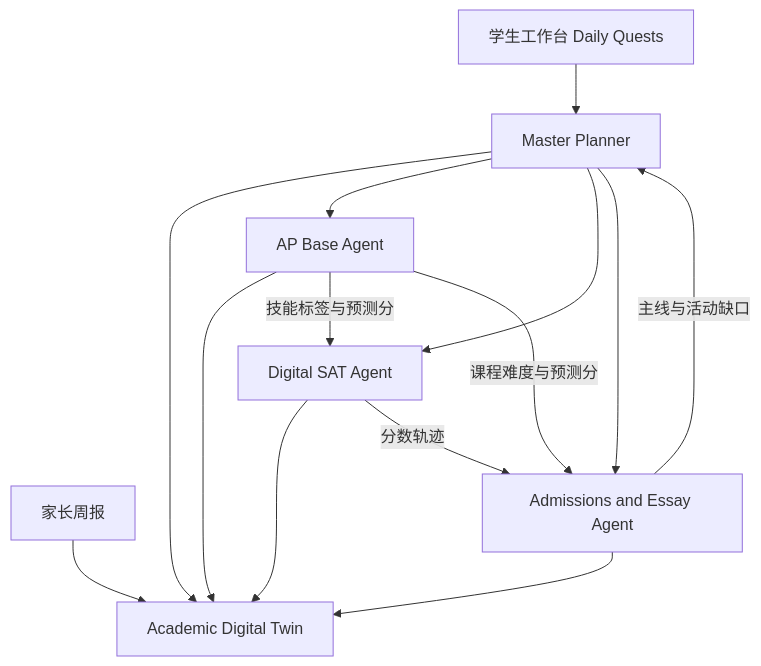
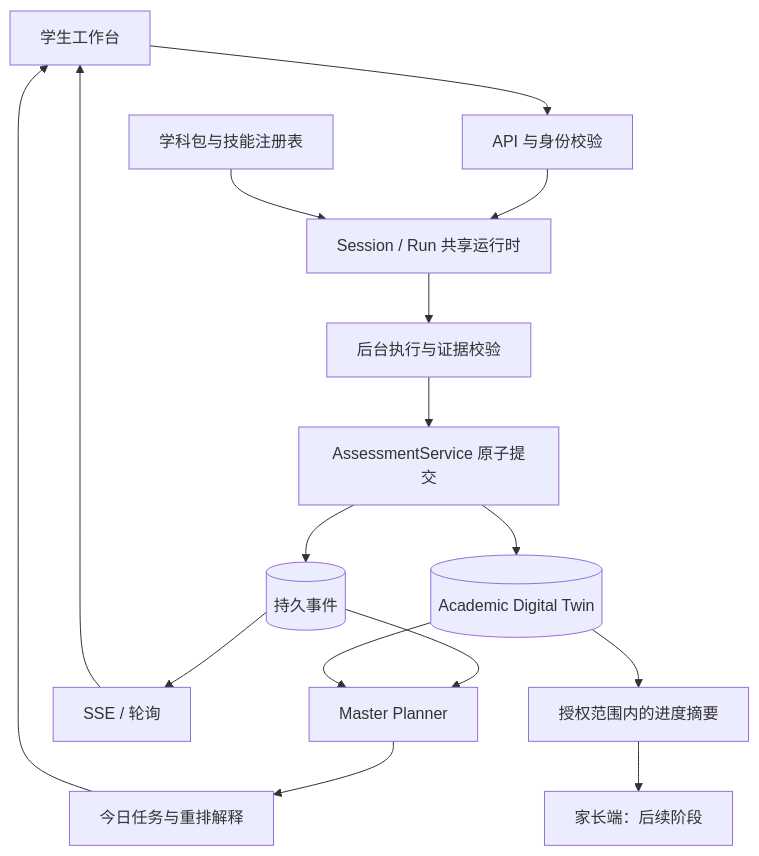
One commit to JeffRen1977/hs-student-os changed the diagram in doc/HIGH_SCHOOL_STUDENT_OS.md. Above: the diagram before and after it, drawn with Mermaid. The commit also changed other lines of this file, not shown here.

````diff
--- a/doc/HIGH_SCHOOL_STUDENT_OS.md
+++ b/doc/HIGH_SCHOOL_STUDENT_OS.md
@@ -24,23 +19,18 @@
 ```mermaid
 flowchart TB
-  Home[学生工作台 Daily Quests]
-  Parent[家长周报]
-  Twin[Academic Digital Twin]
-  Planner[Master Planner]
-  AP[AP Base Agent]
-  SAT[Digital SAT Agent]
-  Adm[Admissions and Essay Agent]
-  Home --> Planner
-  Parent --> Twin
-  Planner --> Twin
-  AP --> Twin
-  SAT --> Twin
-  Adm --> Twin
-  Planner --> AP
-  Planner --> SAT
-  Planner --> Adm
-  AP -->|"技能标签与预测分"| SAT
-  AP -->|"课程难度与预测分"| Adm
-  SAT -->|"分数轨迹"| Adm
-  Adm -->|"主线与活动缺口"| Planner
+  Home[学生工作台] --> API[API 与身份校验]
+  API --> Runtime[Session / Run 共享运行时]
+  Packs[学科包与技能注册表] --> Runtime
+  Runtime --> Worker[后台执行与证据校验]
+  Worker --> Commit[AssessmentService 原子提交]
+  Commit --> Twin[(Academic Digital Twin)]
+  Commit --> Events[(持久事件)]
+  Events --> Planner[Master Planner]
+  Twin --> Planner
+  Planner --> Tasks[今日任务与重排解释]
+  Tasks --> Home
+  Events --> Stream[SSE / 轮询]
+  Stream --> Home
+  Twin --> Summary[授权范围内的进度摘要]
+  Summary --> Parent[家长端：后续阶段]
 ```
````
